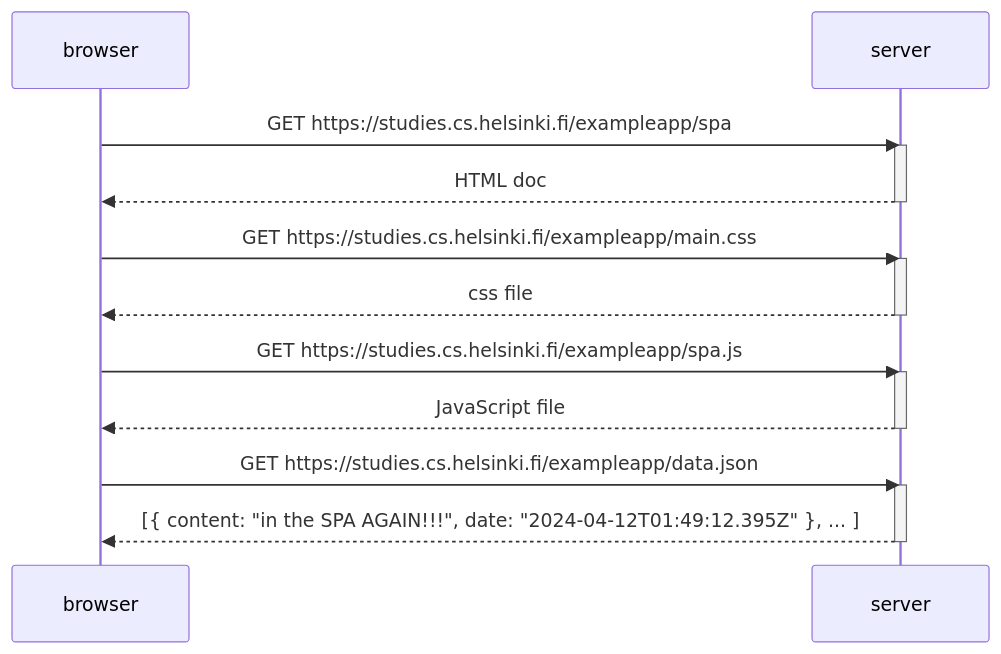
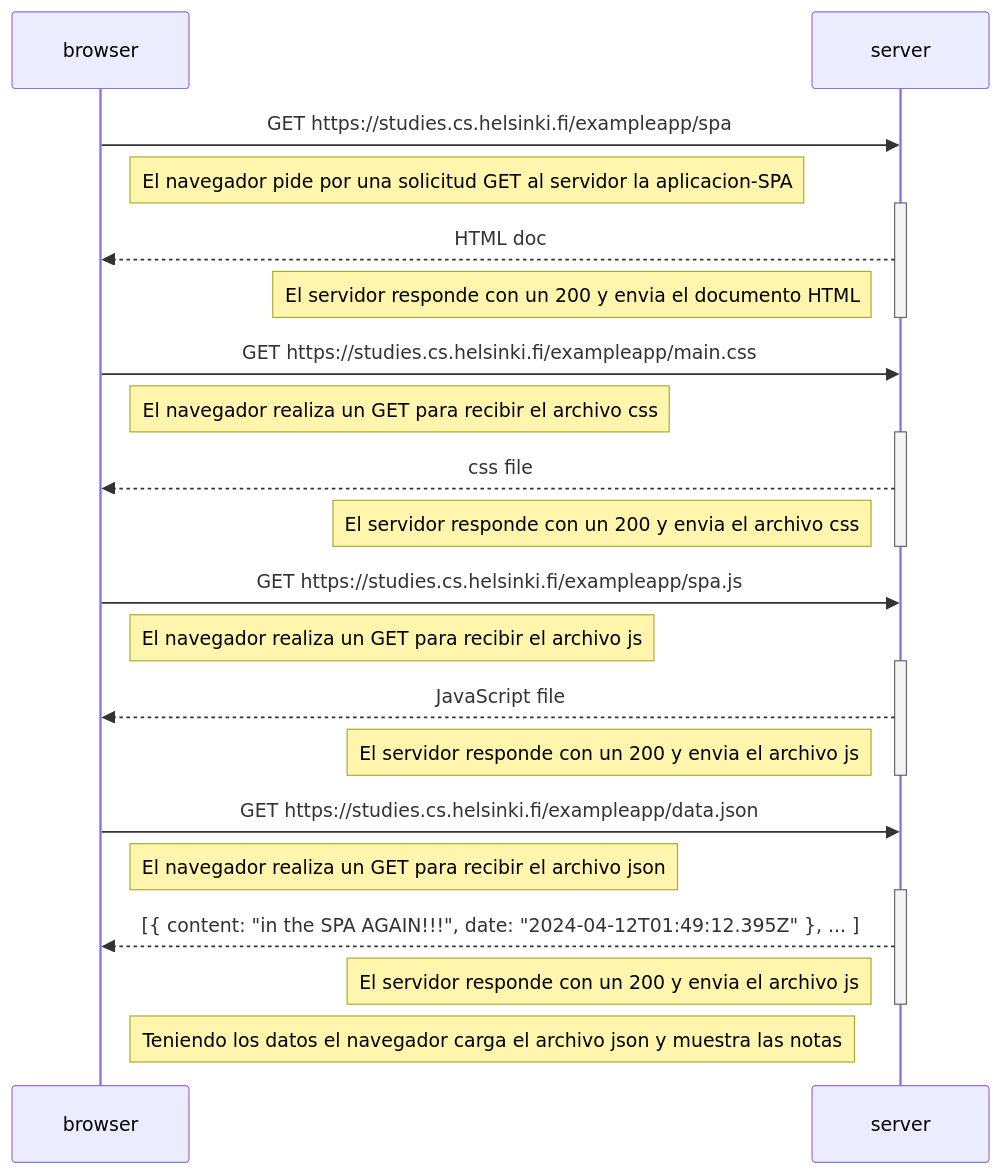
The diagram in part0/0.5-diagram-spa.md (Marcos-Pines1/FullStackOpen-MarcosMorua), drawn with Mermaid before and after one commit.

````diff
--- a/part0/0.5-diagram-spa.md
+++ b/part0/0.5-diagram-spa.md
@@ -1,28 +1,34 @@
 ```mermaid
 
     sequenceDiagram
-
+    
     browser->>server: GET https://studies.cs.helsinki.fi/exampleapp/spa
+    Note right of browser: El navegador pide por una solicitud GET al servidor la aplicacion-SPA
     activate server
     server-->>browser: HTML doc
+    Note left of server: El servidor responde con un 200 y envia el documento HTML
     deactivate server
 
     browser->>server: GET https://studies.cs.helsinki.fi/exampleapp/main.css
-
+    Note right of browser: El navegador realiza un GET para recibir el archivo css
     activate server
     server-->>browser: css file
+    Note left of server: El servidor responde con un 200 y envia el archivo css
     deactivate server
 
     browser->>server: GET https://studies.cs.helsinki.fi/exampleapp/spa.js
-
+    Note right of browser: El navegador realiza un GET para recibir el archivo js
     activate server
     server-->>browser: JavaScript file
+    Note left of server: El servidor responde con un 200 y envia el archivo js
     deactivate server
 
     browser->>server: GET https://studies.cs.helsinki.fi/exampleapp/data.json
+    Note right of browser: El navegador realiza un GET para recibir el archivo json
     activate server
     server-->>browser: [{ content: "in the SPA AGAIN!!!", date: "2024-04-12T01:49:12.395Z" }, ... ]
+    Note left of server: El servidor responde con un 200 y envia el archivo js
     deactivate server
-    
+    Note right of browser: Teniendo los datos el navegador carga el archivo json y muestra las notas
     
 ```
````
